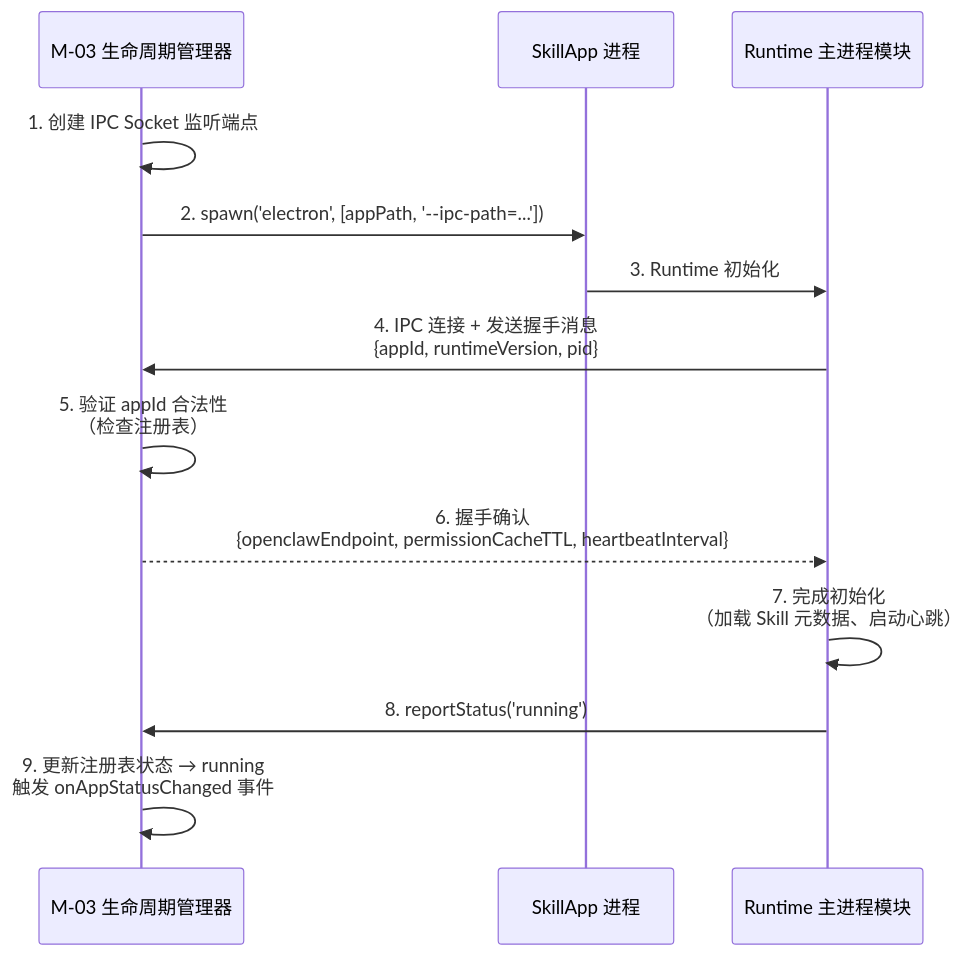
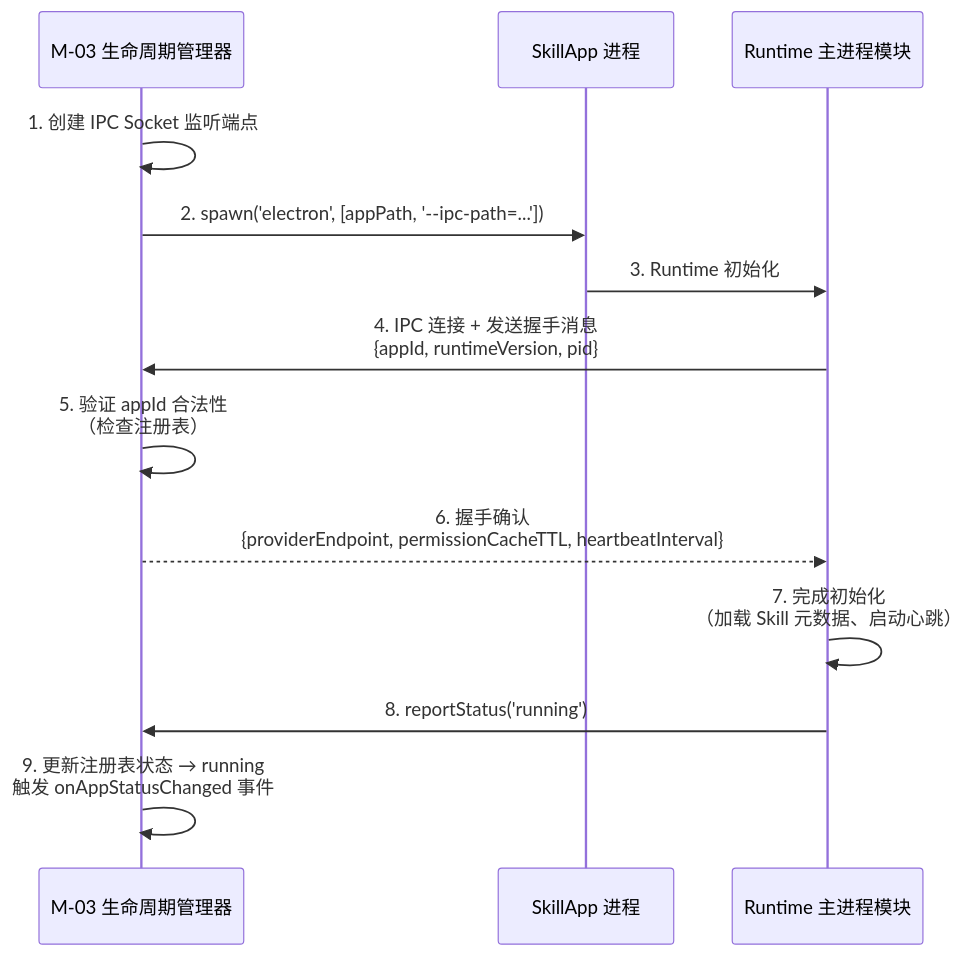
The seventh of 8 diagrams in docs/spec/skillapp-spec.md (digimads-lab/intent-os), drawn with Mermaid before and after one commit. The commit also changed other lines of this file, not shown here.

````diff
--- a/docs/spec/skillapp-spec.md
+++ b/docs/spec/skillapp-spec.md
@@ -563,16 +566,16 @@
 ```mermaid
 sequenceDiagram
     participant M03 as M-03 生命周期管理器
     participant SA as SkillApp 进程
     participant RTM as Runtime 主进程模块
 
     M03->>M03: 1. 创建 IPC Socket 监听端点
     M03->>SA: 2. spawn('electron', [appPath, '--ipc-path=...'])
     SA->>RTM: 3. Runtime 初始化
     RTM->>M03: 4. IPC 连接 + 发送握手消息<br/>{appId, runtimeVersion, pid}
     M03->>M03: 5. 验证 appId 合法性<br/>（检查注册表）
-    M03-->>RTM: 6. 握手确认<br/>{openclawEndpoint, permissionCacheTTL, heartbeatInterval}
+    M03-->>RTM: 6. 握手确认<br/>{providerEndpoint, permissionCacheTTL, heartbeatInterval}
     RTM->>RTM: 7. 完成初始化<br/>（加载 Skill 元数据、启动心跳）
     RTM->>M03: 8. reportStatus('running')
     M03->>M03: 9. 更新注册表状态 → running<br/>触发 onAppStatusChanged 事件
 ```
````
